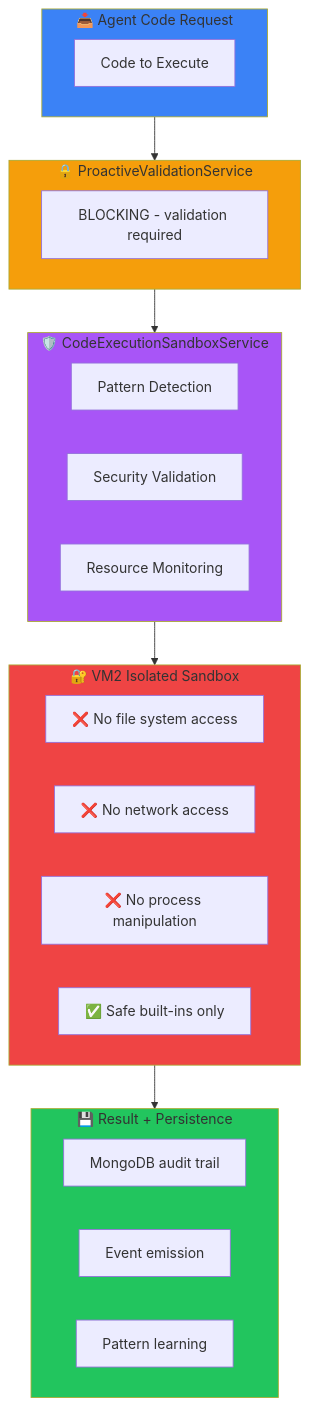
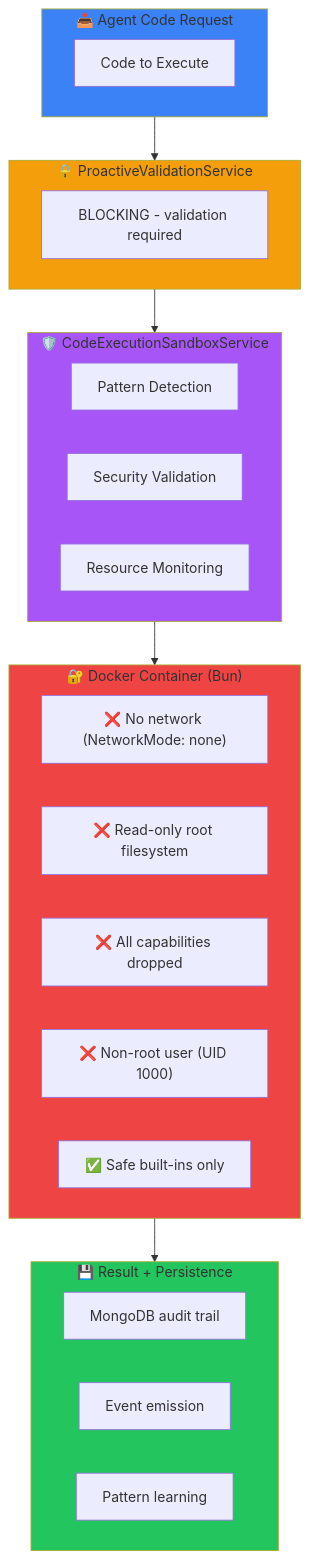
The diagram in docs/mxf/code-execution.md (BradA1878/model-exchange-framework), drawn with Mermaid before and after one commit. The commit also changed other lines of this file and 299 other files, not shown here.

````diff
--- a/docs/mxf/code-execution.md
+++ b/docs/mxf/code-execution.md
@@ -15,40 +15,41 @@
 ```mermaid
 flowchart TB
     subgraph Request["📥 Agent Code Request"]
         A[Code to Execute]
     end
 
     subgraph Validation["🔒 ProactiveValidationService"]
         B[BLOCKING - validation required]
     end
 
     subgraph Security["🛡️ CodeExecutionSandboxService"]
         C1[Pattern Detection]
         C2[Security Validation]
         C3[Resource Monitoring]
     end
 
-    subgraph Sandbox["🔐 VM2 Isolated Sandbox"]
-        D1["❌ No file system access"]
-        D2["❌ No network access"]
-        D3["❌ No process manipulation"]
-        D4["✅ Safe built-ins only"]
+    subgraph Sandbox["🔐 Docker Container (Bun)"]
+        D1["❌ No network (NetworkMode: none)"]
+        D2["❌ Read-only root filesystem"]
+        D3["❌ All capabilities dropped"]
+        D4["❌ Non-root user (UID 1000)"]
+        D5["✅ Safe built-ins only"]
     end
 
     subgraph Persistence["💾 Result + Persistence"]
         E1[MongoDB audit trail]
         E2[Event emission]
         E3[Pattern learning]
     end
 
     Request --> Validation
     Validation --> Security
     Security --> Sandbox
     Sandbox --> Persistence
 
     style Request fill:#3b82f6
     style Validation fill:#f59e0b
     style Security fill:#a855f7
     style Sandbox fill:#ef4444
     style Persistence fill:#22c55e
 ```
````
